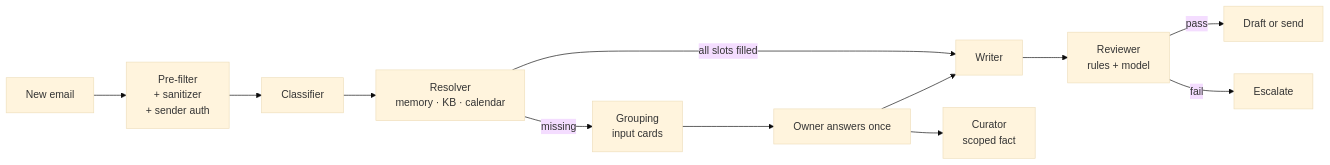
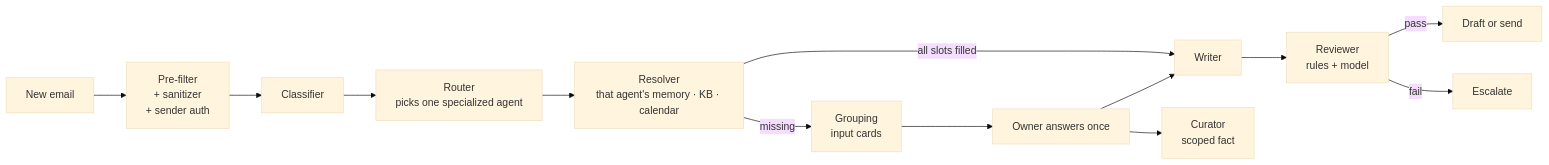
The diagram in README.md (dhiasalah/email-response-agent), drawn with Mermaid (base theme) before and after one commit. The commit also changed other lines of this file and 81 other files, not shown here.

````diff
--- a/README.md
+++ b/README.md
@@ -14,14 +14,15 @@
 ```mermaid
 flowchart LR
     IN[New email] --> PF[Pre-filter<br/>+ sanitizer<br/>+ sender auth]
     PF --> TR[Classifier]
-    TR --> RS[Resolver<br/>memory · KB · calendar]
+    TR --> RT[Router<br/>picks one specialized agent]
+    RT --> RS[Resolver<br/>that agent's memory · KB · calendar]
     RS -->|all slots filled| WR[Writer]
     RS -->|missing| GR[Grouping<br/>input cards]
     GR --> OWN[Owner answers once]
     OWN --> CU[Curator<br/>scoped fact]
     OWN --> WR
     WR --> RV[Reviewer<br/>rules + model]
     RV -->|pass| OUT[Draft or send]
     RV -->|fail| ESC[Escalate]
 ```
````
